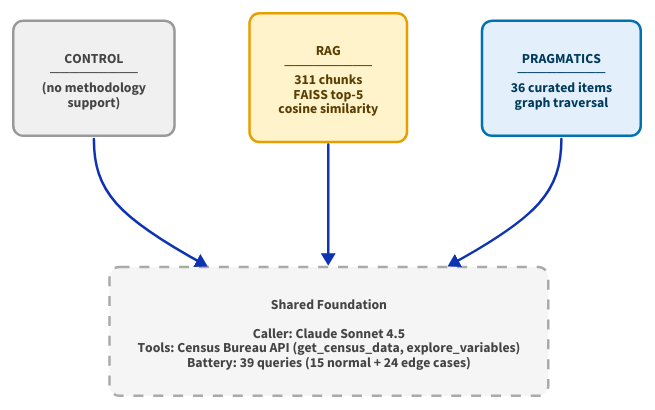
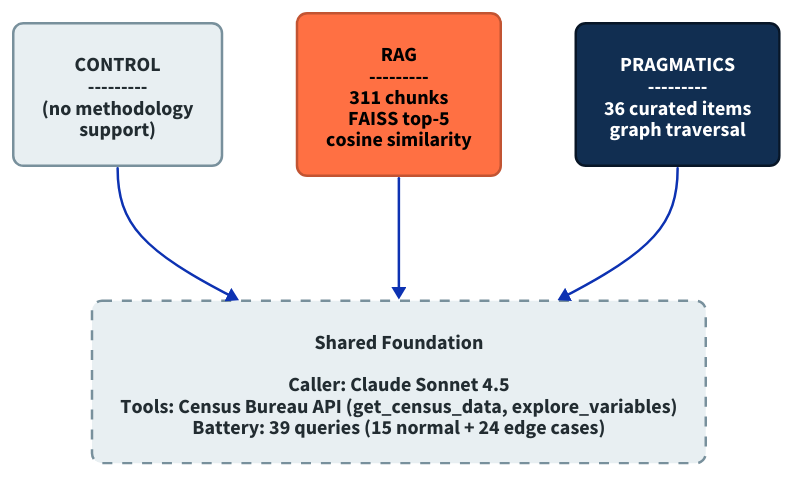
The diagram in paper/assets/diagrams/F5_experimental_design.d2 (brockwebb/open-census-mcp-server), drawn with D2 before and after one commit. The commit also changed 14 other files, not shown here.

First line of the commit message:
style: update all figures/diagrams to Census xdgov palette, 508 compliance

```diff
--- a/paper/assets/diagrams/F5_experimental_design.d2
+++ b/paper/assets/diagrams/F5_experimental_design.d2
@@ -1,43 +1,49 @@
 ##################################################
 # F5: Three-Condition Experimental Design
-# Control / RAG / Pragmatics — shared foundation
+# Control / RAG / Pragmatics -> shared foundation
+# Palette: Census xdgov Data Design Standards
+# 508 compliance: all text/background pairs >= 4.5:1
 ##################################################
 
 direction: down
 
-control: "CONTROL\n─────────\n(no methodology\nsupport)" {
-  style.fill: "#F0F0F0"
-  style.stroke: "#999999"
-  style.font-color: "#444444"
+control: "CONTROL\n---------\n(no methodology\nsupport)" {
+  style.fill: "#E8EFF2"
+  style.stroke: "#78909C"
+  style.stroke-width: 2
+  style.font-color: "#222C31"
   style.border-radius: 8
-  style.font-size: 11
+  style.font-size: 16
 }
 
-rag: "RAG\n─────────\n311 chunks\nFAISS top-5\ncosine similarity" {
-  style.fill: "#FFF3CC"
-  style.stroke: "#E69F00"
-  style.font-color: "#5A3D00"
+rag: "RAG\n---------\n311 chunks\nFAISS top-5\ncosine similarity" {
+  style.fill: "#FF7043"
+  style.stroke: "#C25432"
+  style.stroke-width: 2
+  style.font-color: "#000000"
   style.border-radius: 8
-  style.font-size: 11
+  style.font-size: 16
 }
 
-pragmatics: "PRAGMATICS\n─────────\n36 curated items\ngraph traversal" {
-  style.fill: "#E3F0FB"
-  style.stroke: "#0072B2"
-  style.font-color: "#003A5C"
+pragmatics: "PRAGMATICS\n---------\n36 curated items\ngraph traversal" {
+  style.fill: "#112E51"
+  style.stroke: "#081627"
+  style.stroke-width: 2
+  style.font-color: "#FFFFFF"
   style.border-radius: 8
-  style.font-size: 11
+  style.font-size: 16
 }
 
 foundation: "Shared Foundation\n\nCaller: Claude Sonnet 4.5\nTools: Census Bureau API (get_census_data, explore_variables)\nBattery: 39 queries (15 normal + 24 edge cases)" {
-  style.fill: "#F5F5F5"
-  style.stroke: "#AAAAAA"
+  style.fill: "#E8EFF2"
+  style.stroke: "#78909C"
   style.stroke-dash: 4
+  style.stroke-width: 2
   style.border-radius: 8
-  style.font-size: 11
-  style.font-color: "#444444"
+  style.font-size: 16
+  style.font-color: "#222C31"
 }
 
 control -> foundation
 rag -> foundation
 pragmatics -> foundation
```
